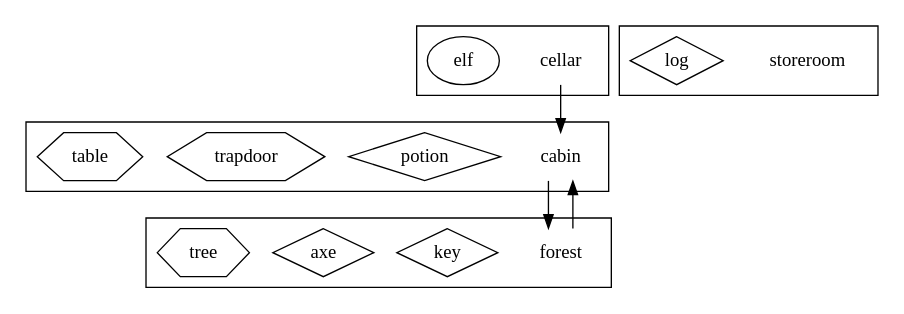
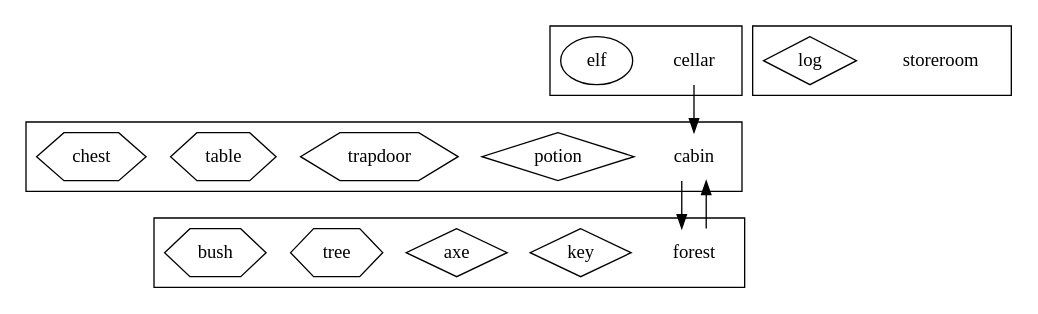
Before and after one commit to MasonSyj/CodeinJava: the diagram in cw-stag/config/basic-entities.dot, drawn with Graphviz. The commit also changed 3 other files, not shown here.

```diff
--- a/cw-stag/config/basic-entities.dot
+++ b/cw-stag/config/basic-entities.dot
@@ -1,66 +1,68 @@
 digraph layout {
     /* ortho splines just makes the arrows into straight lines (rather than curvy ones !) */
     splines = ortho;
     node [shape = "rect"];
 
     subgraph locations {
         subgraph cluster001 {
             node [shape = "none"];
             cabin [description = "A log cabin in the woods"];
             subgraph artefacts {
                 node [shape = "diamond"];
                 potion [description = "Magic potion"];
             }
             subgraph furniture {
                 node [shape = "hexagon"];
                 trapdoor [description = "Wooden trapdoor"];
                 table [description = "A broken table"];
+                chest [description = "A golden chest"];
             }
         }
 
         subgraph cluster002 {
             node [shape = "none"];
             forest [description = "A dark forest"];
             subgraph artefacts {
                 node [shape = "diamond"];
                 key [description = "Brass key"];
                 axe [description = "a heavey axe"];
             }
             subgraph furniture {
                 node [shape = "hexagon"];
                 tree [description = "A big tree"];
+                bush [description = "A huge bush"];
             }
         }
 
         subgraph cluster003 {
             node [shape = "none"];
             cellar [description = "A dusty cellar"]
             subgraph characters {
                 node [shape = "ellipse"];
                 elf [description = "Angry Elf"];
             }
         }
 
         subgraph cluster999 {
             node [shape = "none"];
             storeroom [description = "Storage for any entities not placed in the game"]
             subgraph characters {
                 node [shape = "ellipse"];
             }
             subgraph artefacts {
                 node [shape = "diamond"];
                 log [description = "A heavy wooden log"];
             }
             subgraph furniture {
                 node [shape = "hexagon"];
             }
         }
     }
 
     subgraph paths {
         cabin -> forest;
         forest -> cabin;
         cellar -> cabin;
     }
 
 }
```
